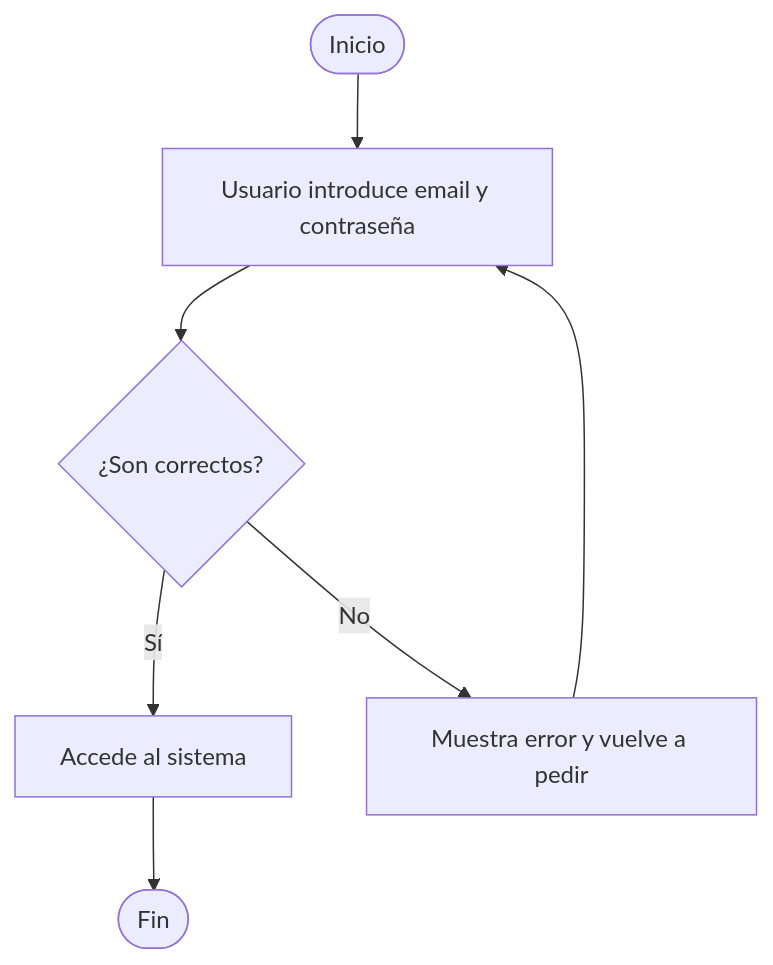
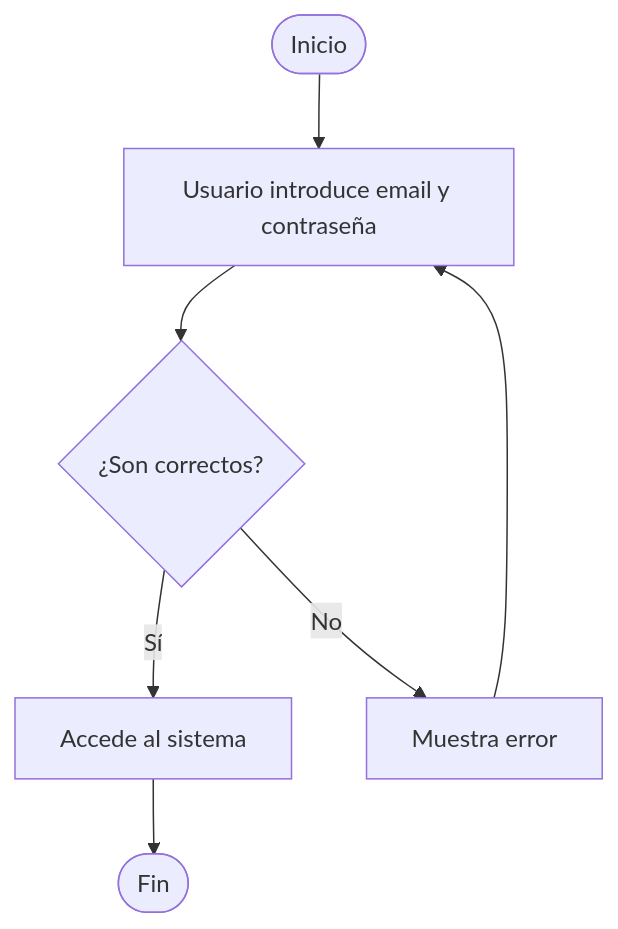
One commit to aitorventura/entornos-de-desarrollo changed the fourth of 10 diagrams in docs/tema1/fases.md. Above: the diagram before and after it, drawn with Mermaid. The commit also changed other lines of this file and 348 other files, not shown here.

````diff
--- a/docs/tema1/fases.md
+++ b/docs/tema1/fases.md
@@ -154,9 +159,9 @@
 ```mermaid
 flowchart TD
   S([Inicio]) --> A[Usuario introduce email y contraseña]
   A --> B{¿Son correctos?}
   B -- Sí --> C[Accede al sistema]
-  B -- No --> D[Muestra error y vuelve a pedir]
+  B -- No --> D[Muestra error]
   D --> A
   C --> E([Fin])
 ```
````
